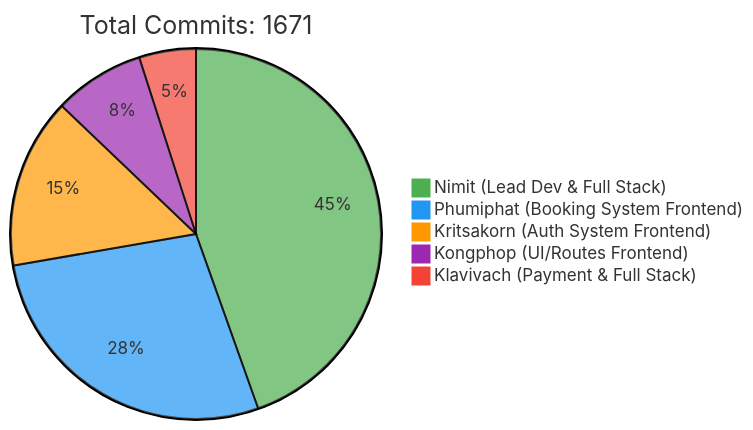
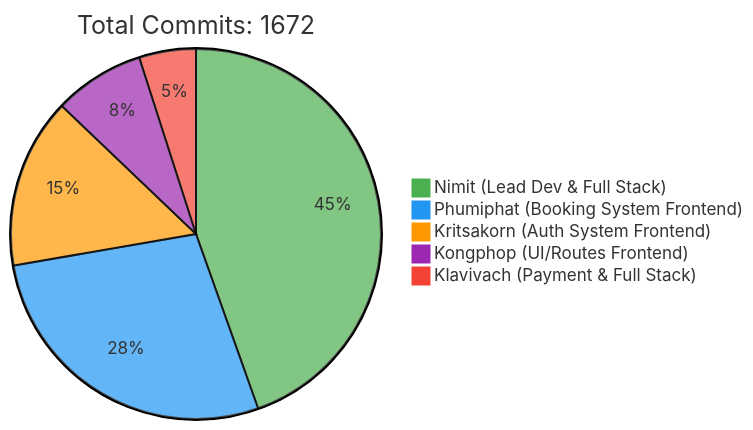
Before and after one commit to 6531503042/Sport-Complex: the first of 2 diagrams in README.md, drawn with Mermaid. The commit also changed other lines of this file, not shown here.

Commit message:
docs: Update contributor statistics [skip ci]

````diff
--- a/README.md
+++ b/README.md
@@ -257,10 +257,10 @@
 ```mermaid
 %%{init: {'theme': 'base', 'themeVariables': { 'pie1': '#4CAF50', 'pie2': '#2196F3', 'pie3': '#FF9800', 'pie4': '#9C27B0', 'pie5': '#F44336'}}}%%
 pie
-    title Total Commits: 1671
+    title Total Commits: 1672
     "Nimit (Lead Dev & Full Stack)" : 450
     "Phumiphat (Booking System Frontend)" : 280
     "Kritsakorn (Auth System Frontend)" : 150
     "Kongphop (UI/Routes Frontend)" : 80
     "Klavivach (Payment & Full Stack)" : 50
 ```
````
